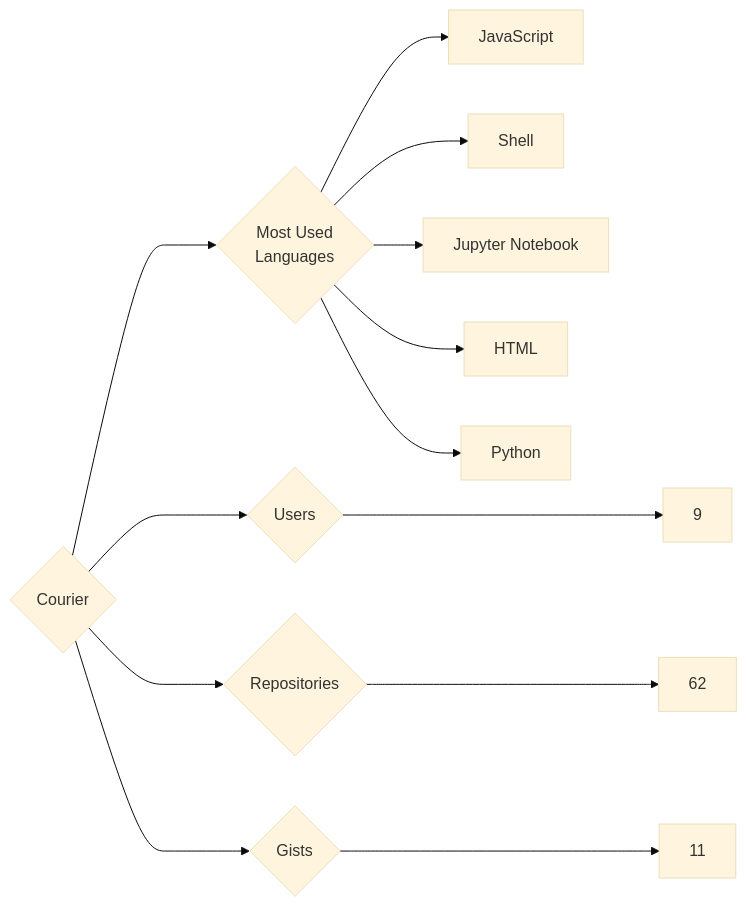
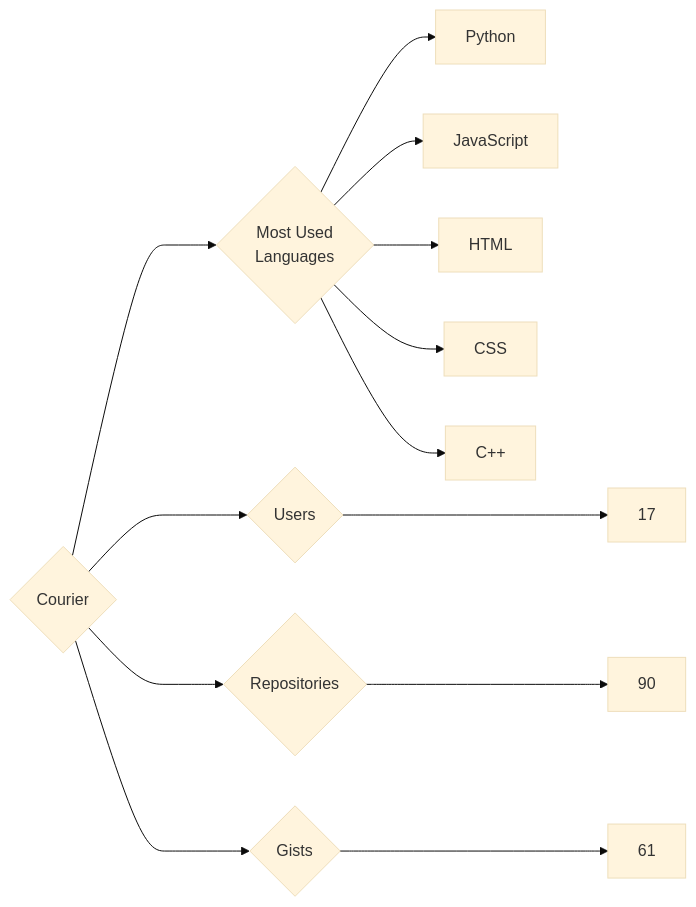
The diagram in targets/Courier/README.md (trickest/insiders), drawn with Mermaid (base theme) before and after one commit. The commit also changed 845 other files, not shown here.

````diff
--- a/targets/Courier/README.md
+++ b/targets/Courier/README.md
@@ -3,13 +3,13 @@
 ```mermaid
 graph LR
 COMPANY_NAME{Courier}
-COMPANY_NAME ---> U{Users} ---> UN[9]
-COMPANY_NAME ---> R{Repositories} ---> RN[62]
-COMPANY_NAME ---> G{Gists} ---> GN[11]
+COMPANY_NAME ---> U{Users} ---> UN[17]
+COMPANY_NAME ---> R{Repositories} ---> RN[90]
+COMPANY_NAME ---> G{Gists} ---> GN[61]
 COMPANY_NAME ---> ML{Most Used<br>Languages}
+ML --> Python[Python]
 ML --> JavaScript[JavaScript]
-ML --> Shell[Shell]
-ML --> Jupyter_Notebook[Jupyter Notebook]
 ML --> HTML[HTML]
-ML --> Python[Python]
+ML --> CSS[CSS]
+ML --> C++[C++]
 ```
````
